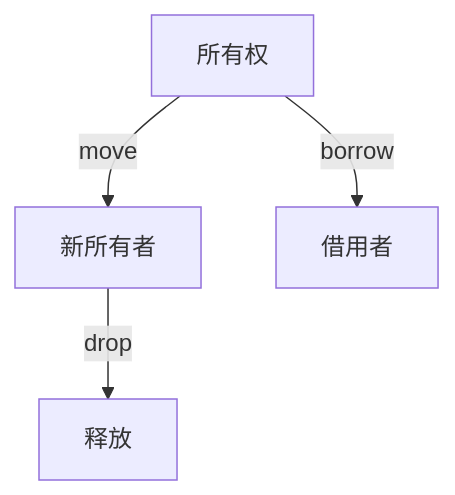
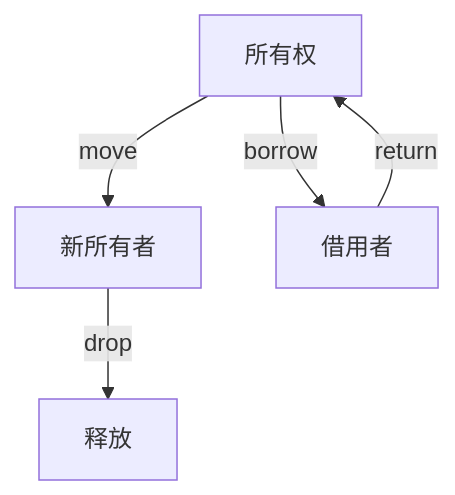
The diagram in formal_rust/refactor/01_core_theory/04_ownership_system/01_ownership_theory.md (martin-ly/rust-lang), drawn with Mermaid before and after one commit. The commit also changed other lines of this file and 3863 other files, not shown here.

````diff
--- a/formal_rust/refactor/01_core_theory/04_ownership_system/01_ownership_theory.md
+++ b/formal_rust/refactor/01_core_theory/04_ownership_system/01_ownership_theory.md
@@ -69,6 +438,7 @@
 ```mermaid
 graph TD
     A[所有权] -- move --> B[新所有者]
     A -- borrow --> C[借用者]
     B -- drop --> D[释放]
+    C -- return --> A
 ```
````
